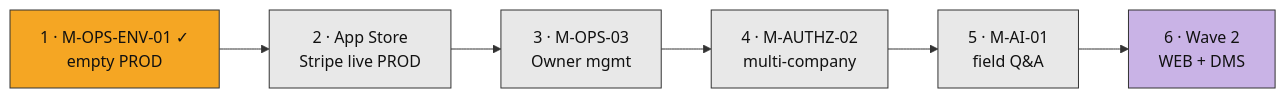
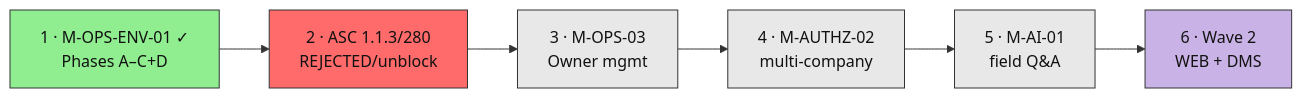
One commit to insitetechltd/buildtrack changed the first of 3 diagrams in documentation/ROADMAP.md. Above: the diagram before and after it, drawn with Mermaid. The commit also changed other lines of this file and 2 other files, not shown here.

First line of the commit message:
docs: refresh ROADMAP/NOW/AGENTS to match tip reality (#18)

````diff
--- a/documentation/ROADMAP.md
+++ b/documentation/ROADMAP.md
@@ -27,15 +27,16 @@
 ```mermaid
 flowchart LR
-  ENV["1 · M-OPS-ENV-01 ✓<br/>empty PROD"] --> STORE["2 · App Store<br/>Stripe live PROD"]
-  STORE --> OPS03["3 · M-OPS-03<br/>Owner mgmt"]
+  ENV["1 · M-OPS-ENV-01 ✓<br/>Phases A–C+D"]
+  ENV --> ASC["2 · ASC 1.1.3/280<br/>REJECTED/unblock"]
+  ASC --> OPS03["3 · M-OPS-03<br/>Owner mgmt"]
   OPS03 --> AUTHZ02["4 · M-AUTHZ-02<br/>multi-company"]
   AUTHZ02 --> AI01["5 · M-AI-01<br/>field Q&A"]
   AI01 --> WAVE2["6 · Wave 2<br/>WEB + DMS"]
 
-  style ENV fill:#f5a623,stroke:#333,color:#111
-  style STORE fill:#e8e8e8,stroke:#333,color:#111
+  style ENV fill:#90ee90,stroke:#333,color:#111
+  style ASC fill:#ff6b6b,stroke:#333,color:#111
   style OPS03 fill:#e8e8e8,stroke:#333,color:#111
   style AUTHZ02 fill:#e8e8e8,stroke:#333,color:#111
   style AI01 fill:#e8e8e8,stroke:#333,color:#111
   style WAVE2 fill:#c9b3e6,stroke:#333,color:#111
 ```
````
